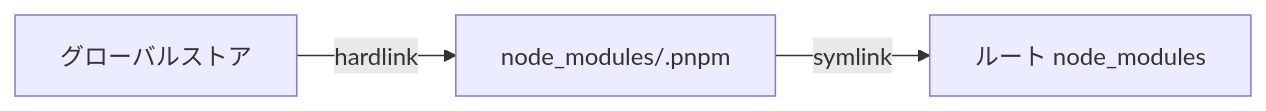
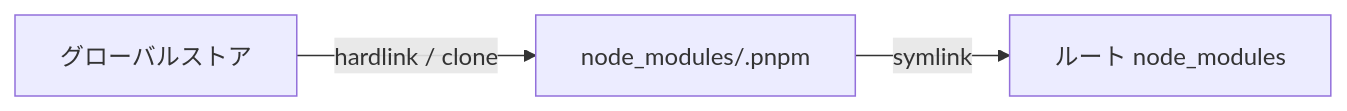
The first of 5 diagrams in docs/pnpm/09-how-pnpm-works.md (yamauz/npmg), drawn with Mermaid before and after one commit. The commit also changed other lines of this file and 13 other files, not shown here.

````diff
--- a/docs/pnpm/09-how-pnpm-works.md
+++ b/docs/pnpm/09-how-pnpm-works.md
@@ -22,4 +22,4 @@
 ```mermaid
 flowchart LR
-  S["グローバルストア"] -->|hardlink| P["node_modules/.pnpm"] -->|symlink| R["ルート node_modules"]
+  S["グローバルストア"] -->|"hardlink / clone"| P["node_modules/.pnpm"] -->|symlink| R["ルート node_modules"]
 ```
````
